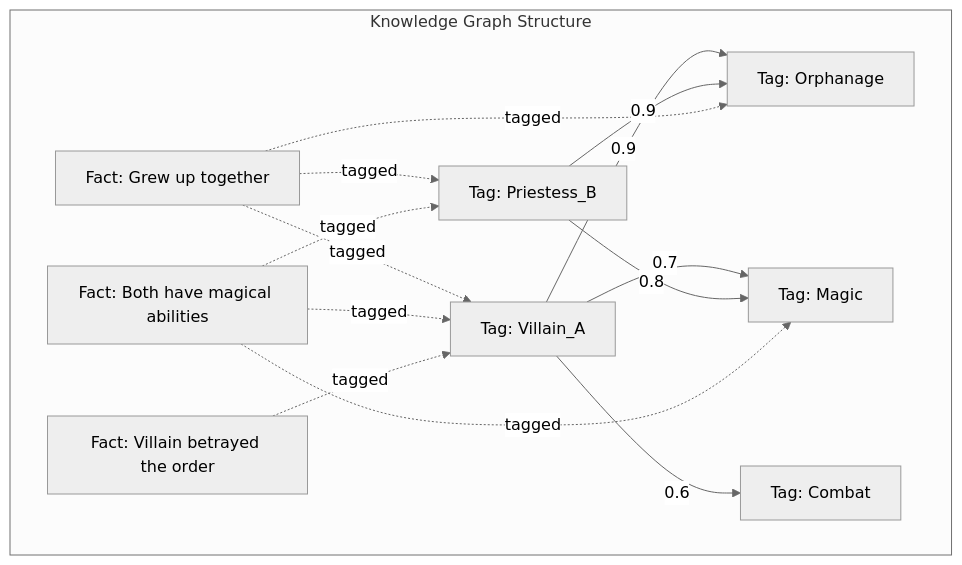
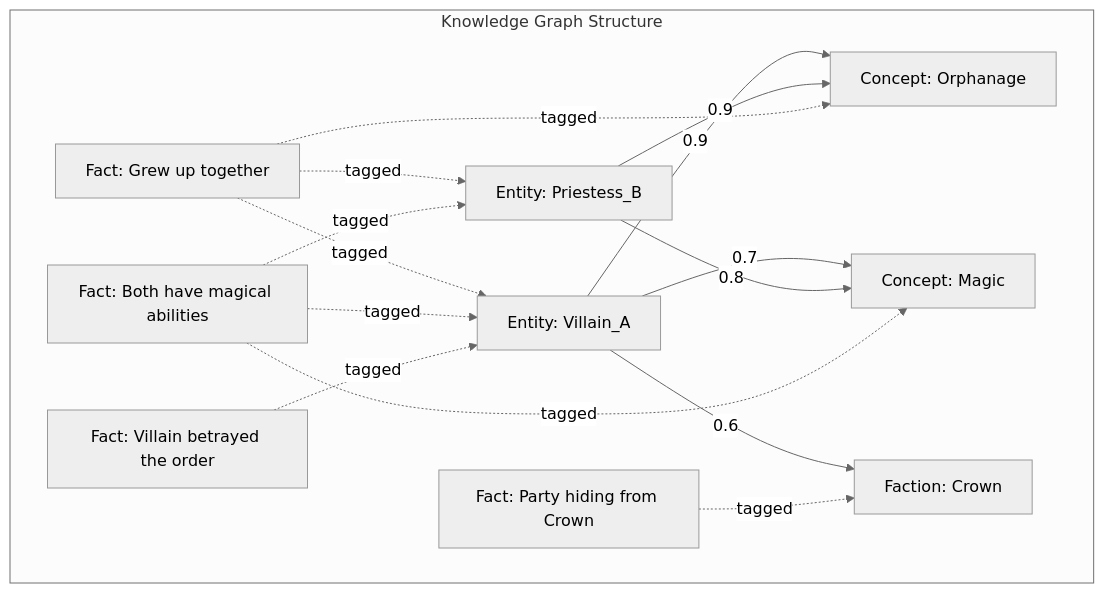
Before and after one commit to konard/uselessgoddess-cortex: the fourth of 9 diagrams in ARCHITECTURE.md, drawn with Mermaid (neutral theme). The commit also changed other lines of this file and 18 other files, not shown here.

First line of the commit message:
Remove code implementation, focus on architectural planning

````diff
--- a/ARCHITECTURE.md
+++ b/ARCHITECTURE.md
@@ -937,30 +823,32 @@
 ```mermaid
 graph TD
     subgraph "Knowledge Graph Structure"
-        T1[Tag: Villain_A]
-        T2[Tag: Priestess_B]
-        T3[Tag: Orphanage]
-        T4[Tag: Magic]
-        T5[Tag: Combat]
+        T1[Entity: Villain_A]
+        T2[Entity: Priestess_B]
+        T3[Concept: Orphanage]
+        T4[Concept: Magic]
+        T5[Faction: Crown]
 
         F1[Fact: Grew up together]
         F2[Fact: Both have magical abilities]
         F3[Fact: Villain betrayed the order]
+        F4[Fact: Party hiding from Crown]
 
         T1 -->|0.9| T3
         T2 -->|0.9| T3
         T1 -->|0.7| T4
         T2 -->|0.8| T4
         T1 -->|0.6| T5
 
         F1 -.->|tagged| T1
         F1 -.->|tagged| T2
         F1 -.->|tagged| T3
 
         F2 -.->|tagged| T1
         F2 -.->|tagged| T2
         F2 -.->|tagged| T4
 
         F3 -.->|tagged| T1
+        F4 -.->|tagged| T5
     end
 ```
````
